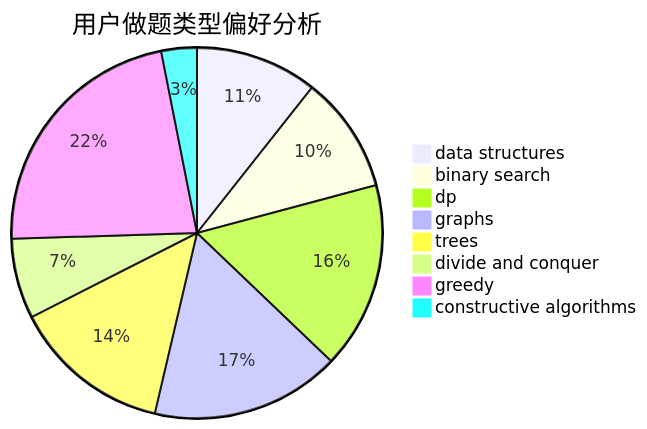
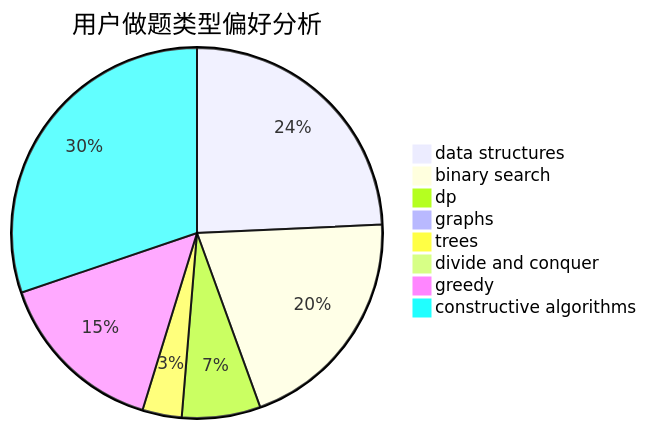
One commit to sherpahu/cfrs.github.io changed the second of 3 diagrams in docs/user/u618.md. Above: the diagram before and after it, drawn with Mermaid. The commit also changed other lines of this file and 2770 other files, not shown here.

````diff
--- a/docs/user/u618.md
+++ b/docs/user/u618.md
@@ -23,11 +23,11 @@
 ```mermaid
 pie title 用户做题类型偏好分析
-    "data structures" :  96
-    "binary search" :  92
-    "dp" :  147
-    "graphs" :  149
-    "trees" :  125
-    "divide and conquer" :  63
-    "greedy" :  202
-    "constructive algorithms" :  28
+    "data structures" :  184
+    "binary search" :  153
+    "dp" :  52
+    "graphs" :  4
+    "trees" :  26
+    "divide and conquer" :  0
+    "greedy" :  114
+    "constructive algorithms" :  229
 ```
````
